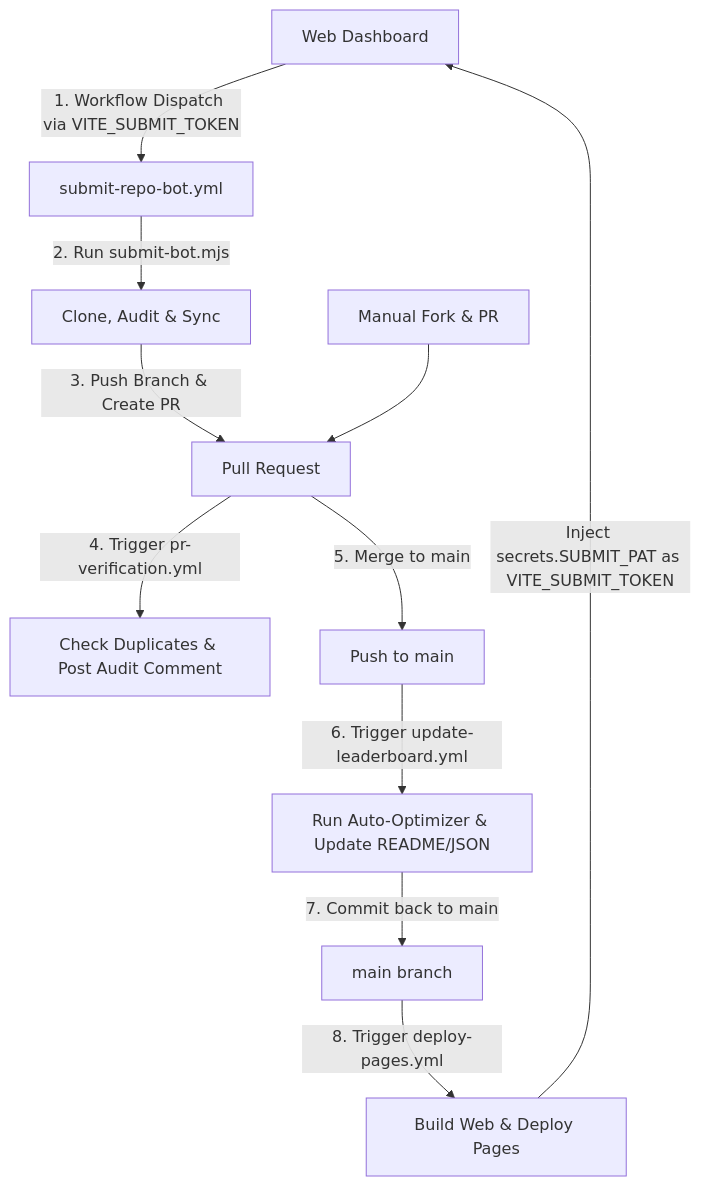
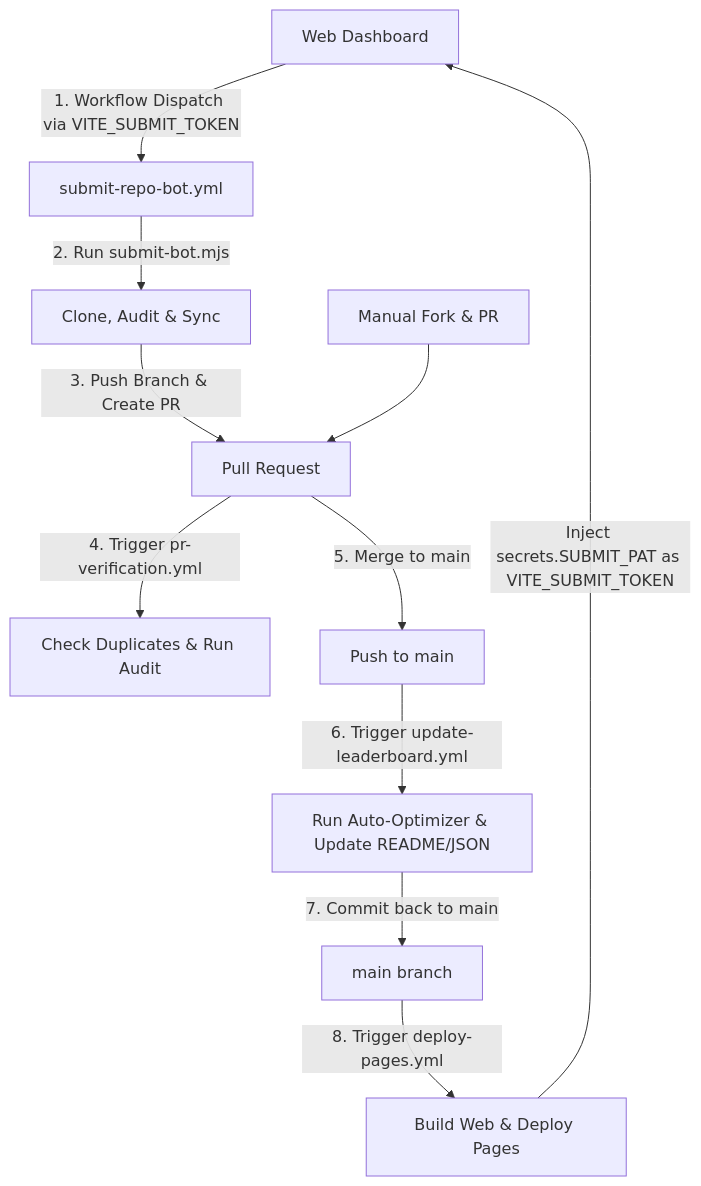
Before and after one commit to ThanhNguyxnOrg/SkillGauge: the diagram in docs/ci_pipeline.md, drawn with Mermaid. The commit also changed other lines of this file and 3 other files, not shown here.

````diff
--- a/docs/ci_pipeline.md
+++ b/docs/ci_pipeline.md
@@ -11,20 +11,20 @@
 ```mermaid
 graph TD
     %% Web Submission Flow
     Web[Web Dashboard] -->|1. Workflow Dispatch via VITE_SUBMIT_TOKEN| SubmitWorkflow[submit-repo-bot.yml]
     SubmitWorkflow -->|2. Run submit-bot.mjs| BotScript[Clone, Audit & Sync]
     BotScript -->|3. Push Branch & Create PR| PR[Pull Request]
 
     %% PR Verification Flow
     Manual[Manual Fork & PR] --> PR
-    PR -->|4. Trigger pr-verification.yml| Verify[Check Duplicates & Post Audit Comment]
+    PR -->|4. Trigger pr-verification.yml| Verify[Check Duplicates & Run Audit]
 
     %% Merge / Update Leaderboard Flow
     PR -->|5. Merge to main| Merge[Push to main]
     Merge -->|6. Trigger update-leaderboard.yml| UpdateLeaderboard[Run Auto-Optimizer & Update README/JSON]
     UpdateLeaderboard -->|7. Commit back to main| MainRepo[main branch]
 
     %% Deploy Web Dashboard
     MainRepo -->|8. Trigger deploy-pages.yml| DeployPages[Build Web & Deploy Pages]
     DeployPages -->|Inject secrets.SUBMIT_PAT as VITE_SUBMIT_TOKEN| Web
 ```
````
